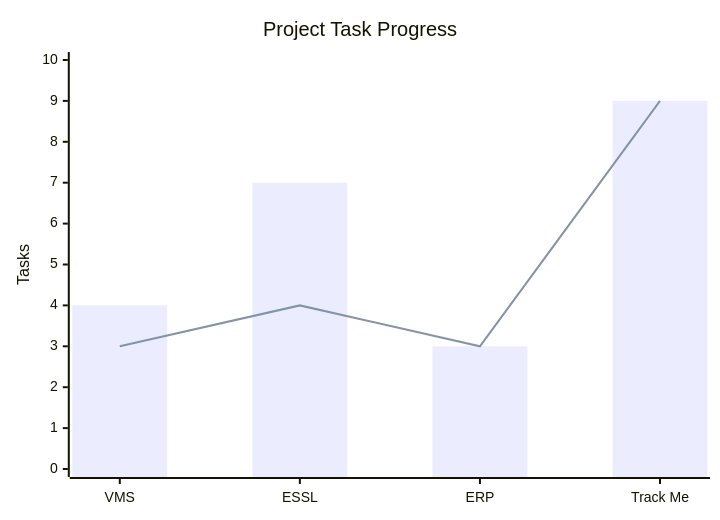
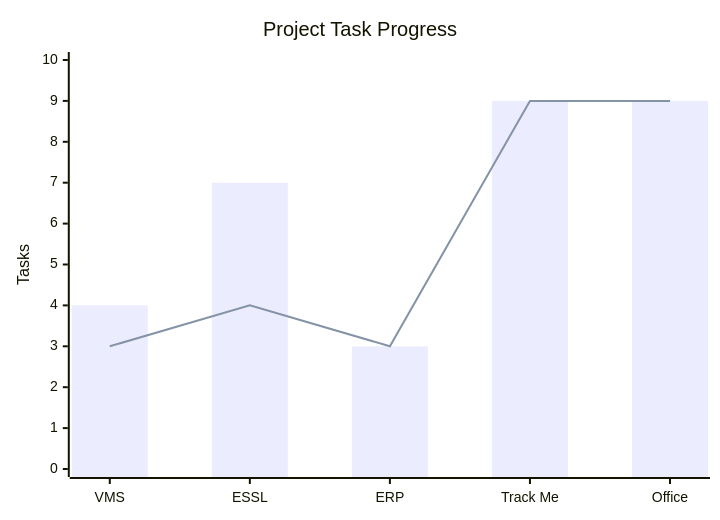
One commit to Realityspeaker/My-Work-Diary changed the second of 2 diagrams in Global_Summary.md. Above: the diagram before and after it, drawn with Mermaid. The commit also changed other lines of this file, not shown here.

````diff
--- a/Global_Summary.md
+++ b/Global_Summary.md
@@ -61,8 +63,8 @@
 ```mermaid
 xychart-beta
     title "Project Task Progress"
-    x-axis ["VMS", "ESSL", "ERP", "Track Me"]
+    x-axis ["VMS", "ESSL", "ERP", "Track Me", "Office"]
     y-axis "Tasks" 0 --> 10
-    bar [4, 7, 3, 9]
-    line [3, 4, 3, 9]
+    bar [4, 7, 3, 9, 9]
+    line [3, 4, 3, 9, 9]
 ```
````
